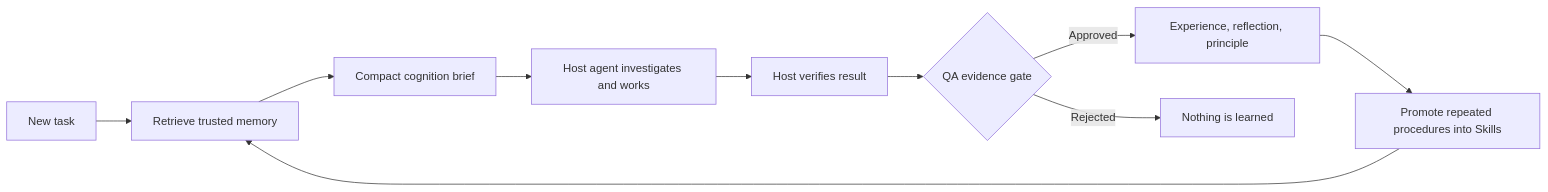
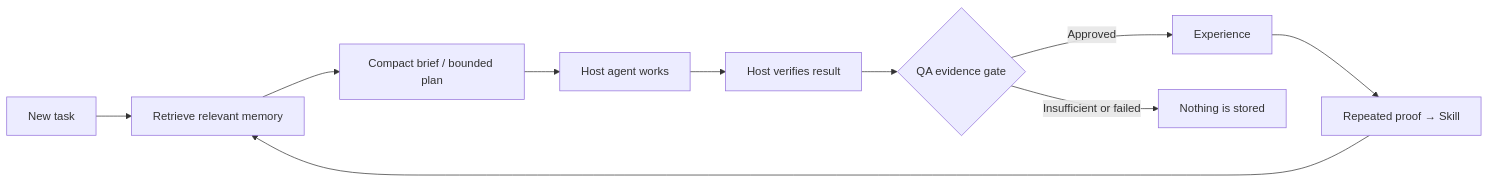
Before and after one commit to Shikhar-code/memcoder: the diagram in README.md, drawn with Mermaid. The commit also changed other lines of this file and 1 other file, not shown here.

````diff
--- a/README.md
+++ b/README.md
@@ -36,12 +92,12 @@
 ```mermaid
 flowchart LR
-    A[New task] --> B[Retrieve trusted memory]
-    B --> C[Compact cognition brief]
-    C --> D[Host agent investigates and works]
-    D --> E[Host verifies result]
-    E --> F{QA evidence gate}
-    F -->|Approved| G[Experience, reflection, principle]
-    F -->|Rejected| H[Nothing is learned]
-    G --> I[Promote repeated procedures into Skills]
-    I --> B
+    T[New task] --> R[Retrieve relevant memory]
+    R --> B[Compact brief / bounded plan]
+    B --> H[Host agent works]
+    H --> V[Host verifies result]
+    V --> Q{QA evidence gate}
+    Q -->|Approved| E[Experience]
+    Q -->|Insufficient or failed| X[Nothing is stored]
+    E --> S[Repeated proof → Skill]
+    S --> R
 ```
````
